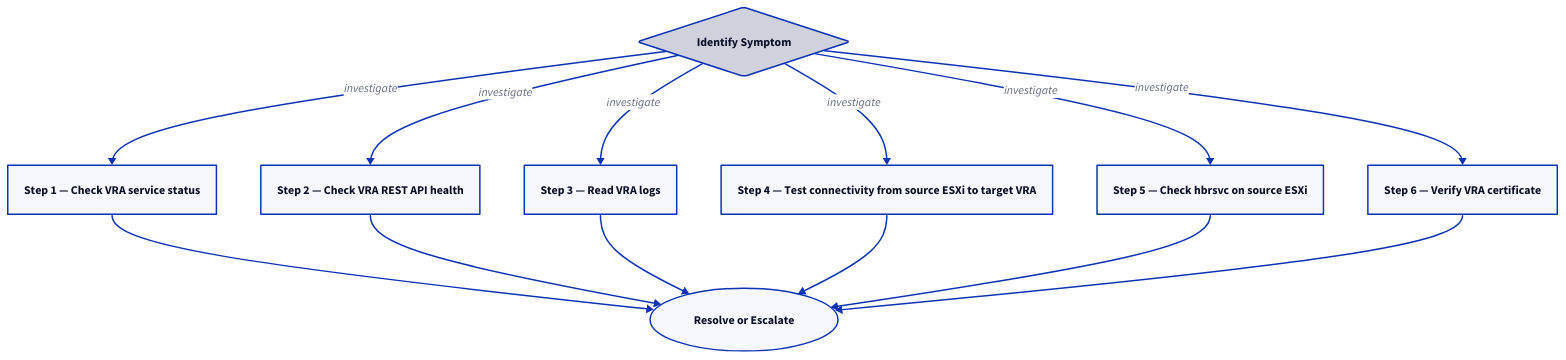
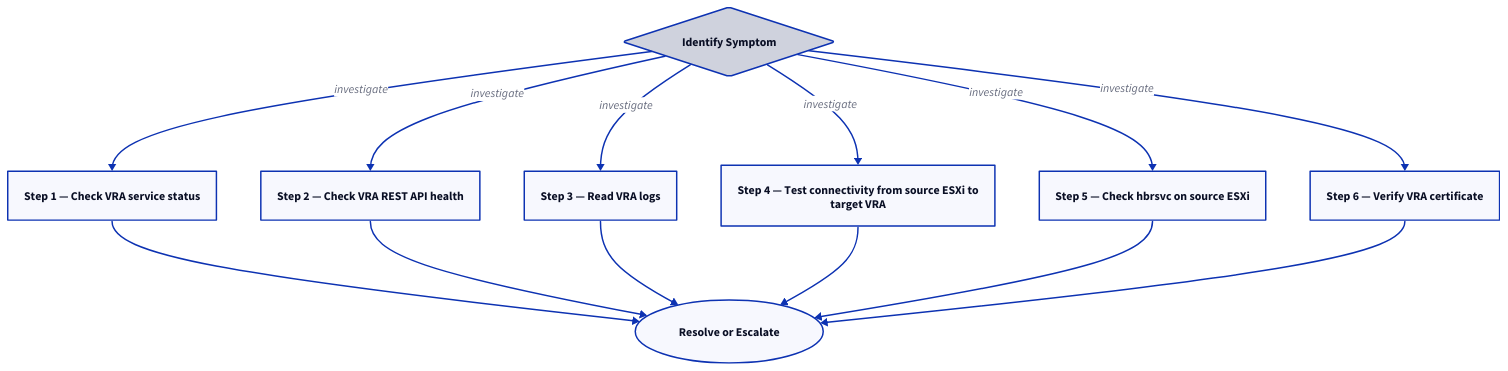
The second of 2 diagrams in docs/virtualization/vmware/vsphere-replication/troubleshooting/diagnostics.md (canast01/chris-kb), drawn with D2 before and after one commit. The commit also changed 192 other files, not shown here.

````diff
--- a/docs/virtualization/vmware/vsphere-replication/troubleshooting/diagnostics.md
+++ b/docs/virtualization/vmware/vsphere-replication/troubleshooting/diagnostics.md
@@ -67,25 +67,25 @@
 ```d2
 direction: down
 
 symptom: Identify Symptom {shape: diamond}
 step_1_check_vra_service_status: "Step 1 — Check VRA service status" {shape: rectangle}
 step_2_check_vra_rest_api_health: "Step 2 — Check VRA REST API health" {shape: rectangle}
 step_3_read_vra_logs: "Step 3 — Read VRA logs" {shape: rectangle}
-step_4_test_connectivity_from_source: "Step 4 — Test connectivity from source ESXi to target VRA" {shape: rectangle}
+step_4_test_connectivity_from_source: "Step 4 — Test connectivity from source ESXi to\ntarget VRA" {shape: rectangle}
 step_5_check_hbrsvc_on_source_esxi: "Step 5 — Check hbrsvc on source ESXi" {shape: rectangle}
 step_6_verify_vra_certificate: "Step 6 — Verify VRA certificate" {shape: rectangle}
 resolution: Resolve or Escalate {shape: oval}
 
 symptom -> step_1_check_vra_service_status: investigate
 symptom -> step_2_check_vra_rest_api_health: investigate
 symptom -> step_3_read_vra_logs: investigate
 symptom -> step_4_test_connectivity_from_source: investigate
 symptom -> step_5_check_hbrsvc_on_source_esxi: investigate
 symptom -> step_6_verify_vra_certificate: investigate
 step_1_check_vra_service_status -> resolution
 step_2_check_vra_rest_api_health -> resolution
 step_3_read_vra_logs -> resolution
 step_4_test_connectivity_from_source -> resolution
 step_5_check_hbrsvc_on_source_esxi -> resolution
 step_6_verify_vra_certificate -> resolution
 ```
````
